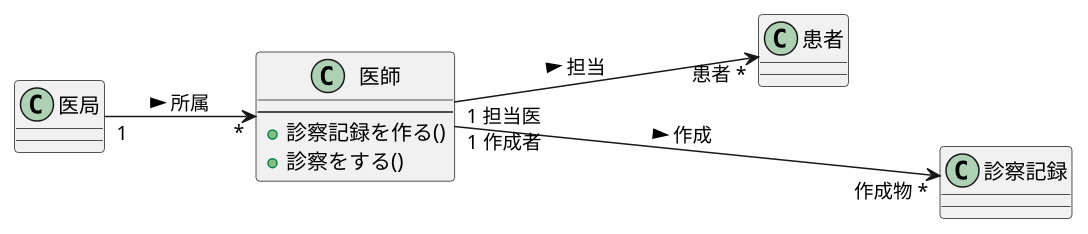
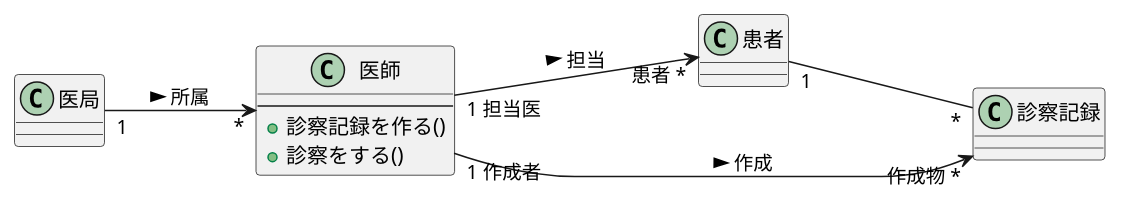
One commit to Tackey-11/uml-intro changed the diagram in 演習3-2_CL_医師と患者と医局と診療記録.pu. Above: the diagram before and after it, drawn with PlantUML. The commit also changed 2 other files, not shown here.

```diff
--- a/演習3-2_CL_医師と患者と医局と診療記録.pu
+++ b/演習3-2_CL_医師と患者と医局と診療記録.pu
@@ -1,17 +1,18 @@
 @startuml 演習3-2クラス図
 left to right direction
 
 class 医局{}
 class 医師{
     ---
     + 診察記録を作る()
     + 診察をする()
 }
 class 患者{}
 class 診察記録{}
 
 医局 "1" --> "*" 医師:所属 >
 医師 "1 担当医" ---> "患者 *" 患者:担当 >
+患者 "1"---"*" 診察記録
 医師 "1 作成者" ----> "作成物 *" 診察記録:作成 >
 
 @enduml
```
